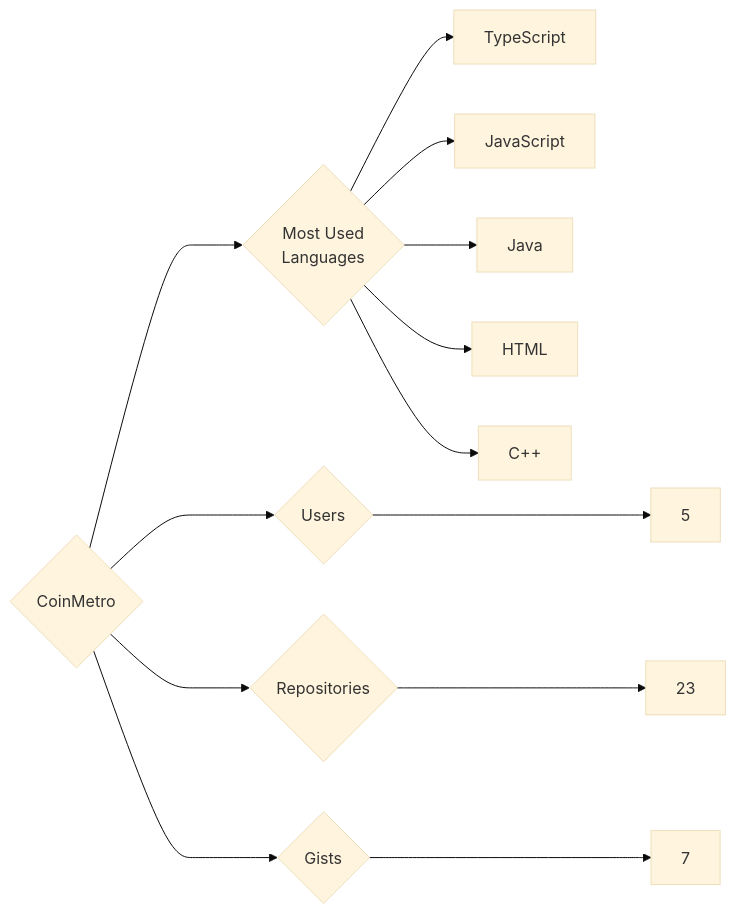
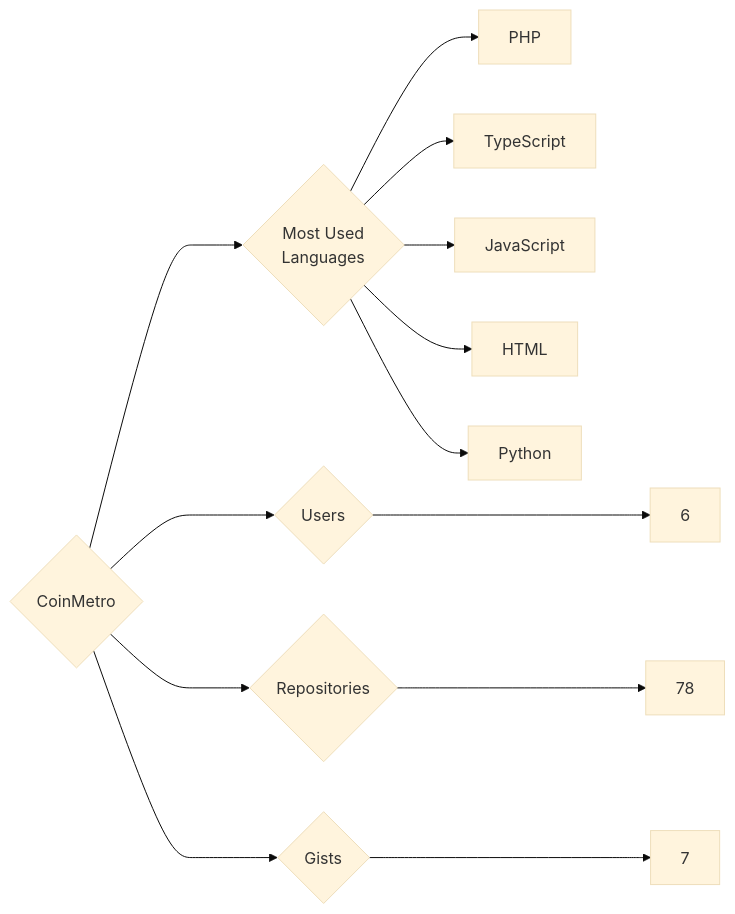
Before and after one commit to trickest/insiders: the diagram in targets/CoinMetro/README.md, drawn with Mermaid (base theme). The commit also changed 1055 other files, not shown here.

````diff
--- a/targets/CoinMetro/README.md
+++ b/targets/CoinMetro/README.md
@@ -3,13 +3,13 @@
 ```mermaid
 graph LR
 COMPANY_NAME{CoinMetro}
-COMPANY_NAME ---> U{Users} ---> UN[5]
-COMPANY_NAME ---> R{Repositories} ---> RN[23]
+COMPANY_NAME ---> U{Users} ---> UN[6]
+COMPANY_NAME ---> R{Repositories} ---> RN[78]
 COMPANY_NAME ---> G{Gists} ---> GN[7]
 COMPANY_NAME ---> ML{Most Used<br>Languages}
+ML --> PHP[PHP]
 ML --> TypeScript[TypeScript]
 ML --> JavaScript[JavaScript]
-ML --> Java[Java]
 ML --> HTML[HTML]
-ML --> C++[C++]
+ML --> Python[Python]
 ```
````
